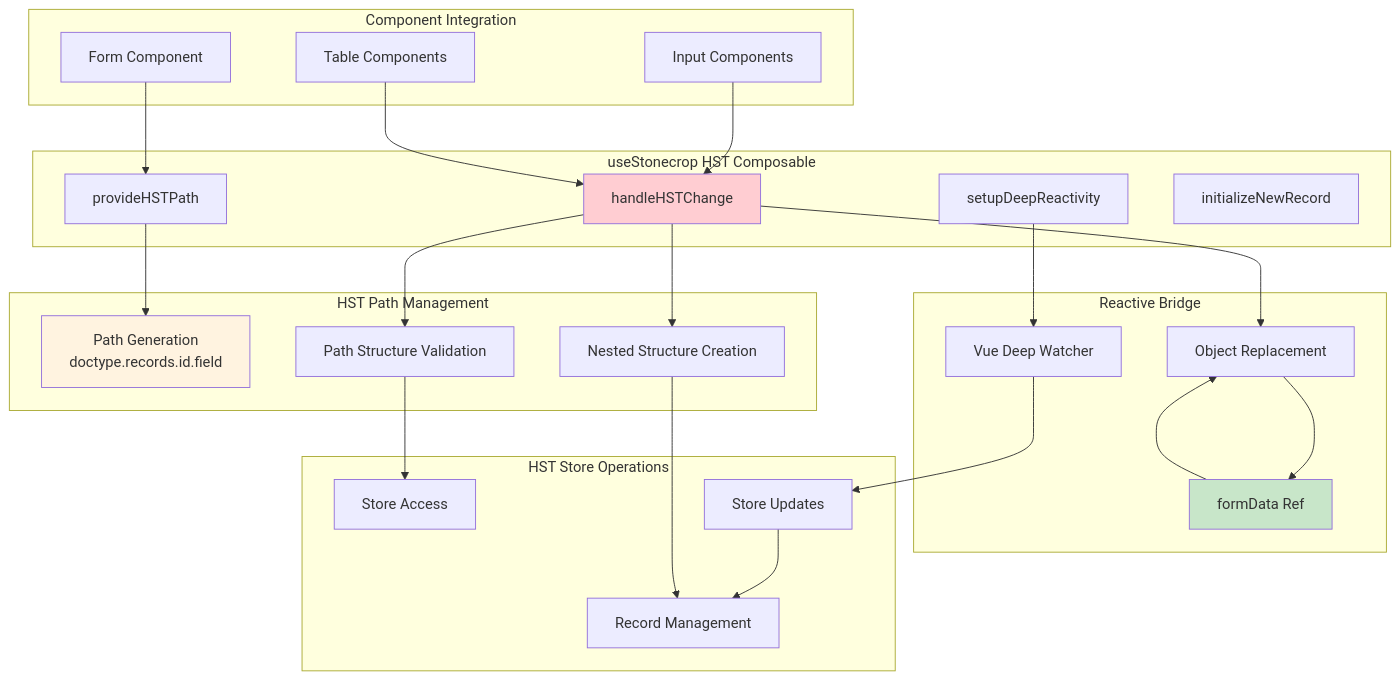
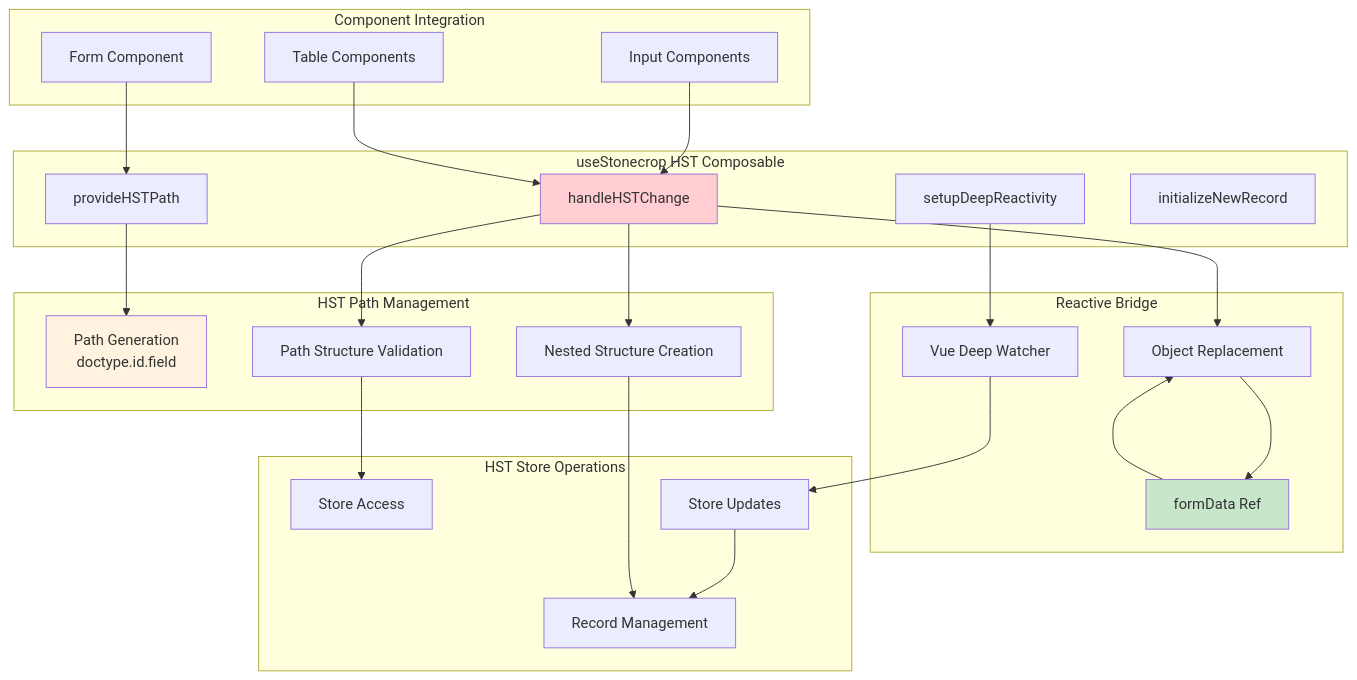
Before and after one commit to agritheory/stonecrop: the second of 6 diagrams in stonecrop/HST.md, drawn with Mermaid. The commit also changed other lines of this file and 2 other files, not shown here.

Commit message:
fix: remove composable references to path params

````diff
--- a/stonecrop/HST.md
+++ b/stonecrop/HST.md
@@ -51,56 +51,56 @@
 ```mermaid
 graph TB
     subgraph "Component Integration"
         FC[Form Component]
         IC[Input Components]
         TC[Table Components]
     end
 
     subgraph "useStonecrop HST Composable"
         PHST[provideHSTPath]
         HHST[handleHSTChange]
         SDUP[setupDeepReactivity]
         INR[initializeNewRecord]
     end
 
     subgraph "HST Path Management"
-        PG[Path Generation<br/>doctype.records.id.field]
+        PG[Path Generation<br/>doctype.id.field]
         PS[Path Structure Validation]
         NS[Nested Structure Creation]
     end
 
     subgraph "Reactive Bridge"
         FDR[formData Ref]
         VW[Vue Deep Watcher]
         OR[Object Replacement]
     end
 
     subgraph "HST Store Operations"
         SA[Store Access]
         SU[Store Updates]
         REC[Record Management]
     end
 
     FC --> PHST
     IC --> HHST
     TC --> HHST
 
     PHST --> PG
     HHST --> PS
     HHST --> NS
     HHST --> OR
 
     SDUP --> VW
     VW --> SU
 
     FDR --> OR
     OR --> FDR
 
     PS --> SA
     SU --> REC
     NS --> REC
 
     style HHST fill:#ffcdd2
     style FDR fill:#c8e6c9
     style PG fill:#fff3e0
 ```
````
